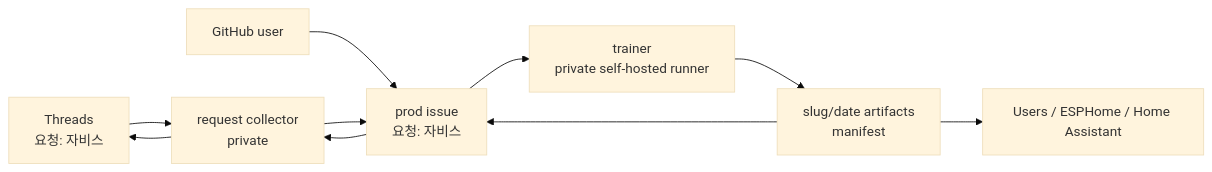
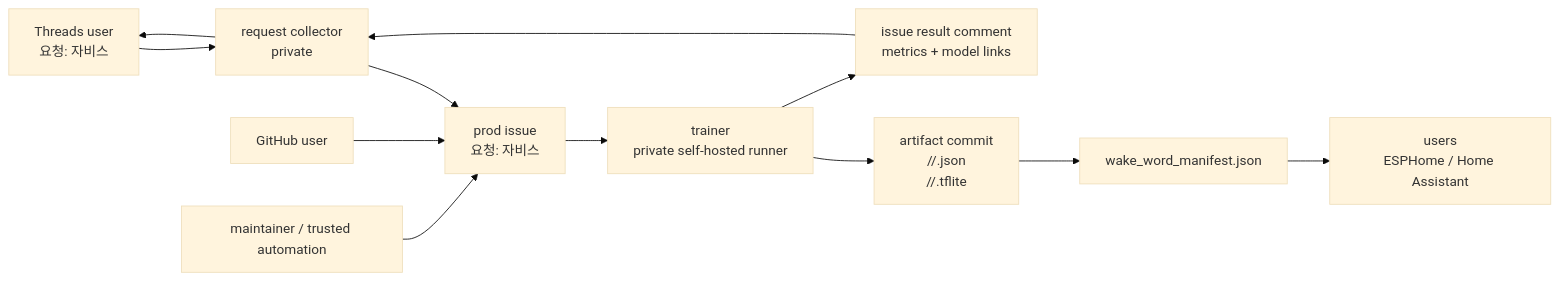
One commit to UnripePlum/korean-wakeword changed the first of 4 diagrams in docs/ARCHITECTURE.md. Above: the diagram before and after it, drawn with Mermaid (base theme). The commit also changed other lines of this file and 1 other file, not shown here.

Commit message:
Define prod architecture contracts

````diff
--- a/docs/ARCHITECTURE.md
+++ b/docs/ARCHITECTURE.md
@@ -11,12 +11,14 @@
 ```mermaid
 flowchart LR
-    A["Threads<br/>요청: 자비스"] --> B["request collector<br/>private"]
-    X["GitHub user"] --> C["prod issue<br/>요청: 자비스"]
-    B --> C
-    C --> D["trainer<br/>private self-hosted runner"]
-    D --> E["slug/date artifacts<br/>manifest"]
-    E --> C
-    C --> B
-    B --> A
-    E --> F["Users / ESPHome / Home Assistant"]
+    THREADS["Threads user<br/>요청: 자비스"] --> COLLECTOR["request collector<br/>private"]
+    GITHUB_USER["GitHub user"] --> ISSUE["prod issue<br/>요청: 자비스"]
+    COLLECTOR --> ISSUE
+    MAINTAINER["maintainer / trusted automation"] --> ISSUE
+    ISSUE --> TRAINER["trainer<br/>private self-hosted runner"]
+    TRAINER --> ARTIFACTS["artifact commit<br/><slug>/<date>/<slug>.json<br/><slug>/<date>/<slug>.tflite"]
+    TRAINER --> COMMENT["issue result comment<br/>metrics + model links"]
+    ARTIFACTS --> MANIFEST["wake_word_manifest.json"]
+    MANIFEST --> USERS["users<br/>ESPHome / Home Assistant"]
+    COMMENT --> COLLECTOR
+    COLLECTOR --> THREADS
 ```
````
